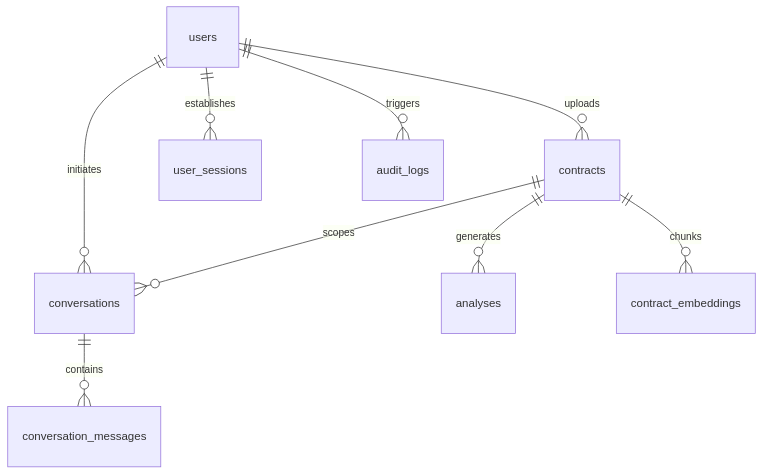
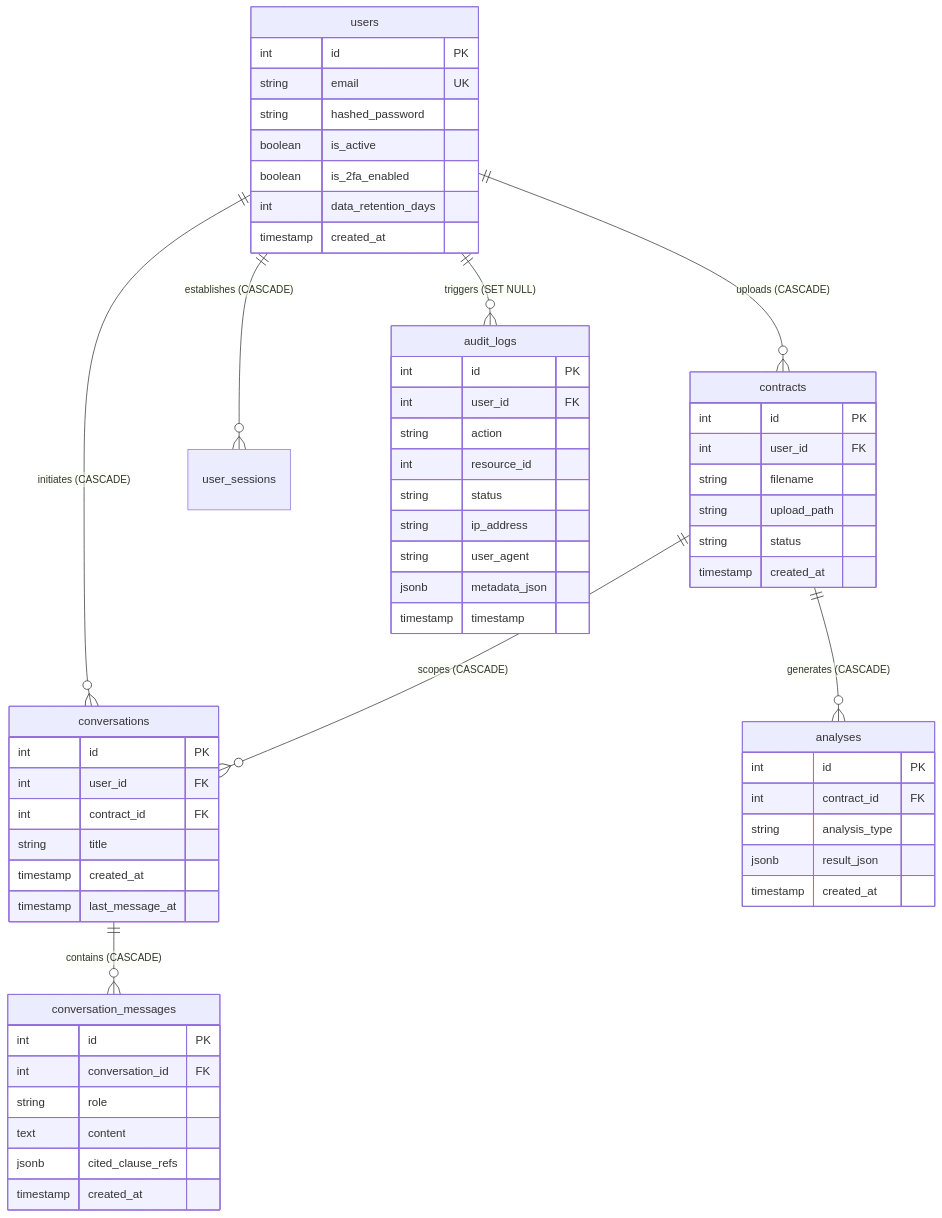
The fourth of 6 diagrams in ARCHITECTURE.md (Nipunchugh10/AI-Legal-Document-Intelligence-Platform), drawn with Mermaid before and after one commit. The commit also changed other lines of this file and 9 other files, not shown here.

Commit message:
feat(docs): Day 61 - recruiter README, ARCHITECTURE specs, demo seeding, and Try Demo path

````diff
--- a/ARCHITECTURE.md
+++ b/ARCHITECTURE.md
@@ -65,11 +161,67 @@
 ```mermaid
 erDiagram
-    users ||--o{ contracts : uploads
-    users ||--o{ user_sessions : establishes
-    users ||--o{ audit_logs : triggers
-    users ||--o{ conversations : initiates
-    contracts ||--o{ analyses : generates
-    contracts ||--o{ contract_embeddings : chunks
-    contracts ||--o{ conversations : scopes
-    conversations ||--o{ conversation_messages : contains
+    users ||--o{ contracts : "uploads (CASCADE)"
+    users ||--o{ user_sessions : "establishes (CASCADE)"
+    users ||--o{ audit_logs : "triggers (SET NULL)"
+    users ||--o{ conversations : "initiates (CASCADE)"
+    contracts ||--o{ analyses : "generates (CASCADE)"
+    contracts ||--o{ conversations : "scopes (CASCADE)"
+    conversations ||--o{ conversation_messages : "contains (CASCADE)"
+
+    users {
+        int id PK
+        string email UK
+        string hashed_password
+        boolean is_active
+        boolean is_2fa_enabled
+        int data_retention_days
+        timestamp created_at
+    }
+
+    contracts {
+        int id PK
+        int user_id FK
+        string filename
+        string upload_path
+        string status
+        timestamp created_at
+    }
+
+    analyses {
+        int id PK
+        int contract_id FK
+        string analysis_type
+        jsonb result_json
+        timestamp created_at
+    }
+
+    conversations {
+        int id PK
+        int user_id FK
+        int contract_id FK
+        string title
+        timestamp created_at
+        timestamp last_message_at
+    }
+
+    conversation_messages {
+        int id PK
+        int conversation_id FK
+        string role
+        text content
+        jsonb cited_clause_refs
+        timestamp created_at
+    }
+
+    audit_logs {
+        int id PK
+        int user_id FK
+        string action
+        int resource_id
+        string status
+        string ip_address
+        string user_agent
+        jsonb metadata_json
+        timestamp timestamp
+    }
 ```
````
